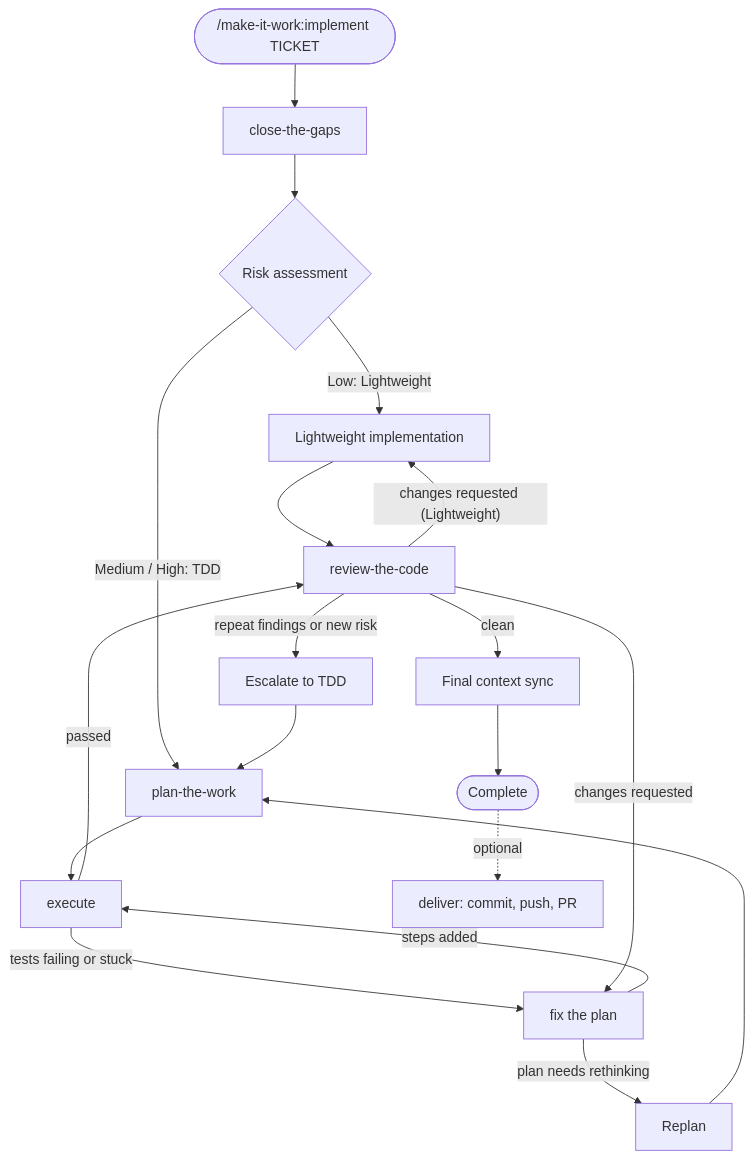
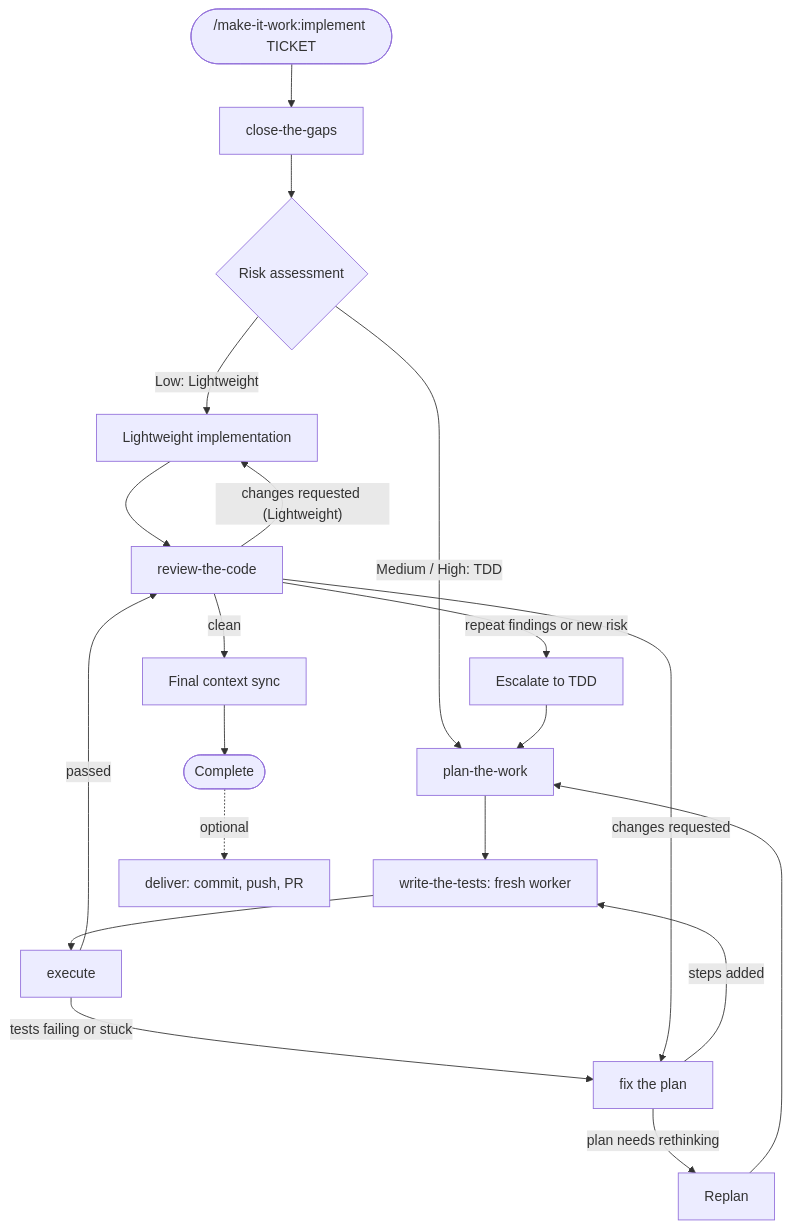
Before and after one commit to insideout-ai/make-it-work: the diagram in README.md, drawn with Mermaid. The commit also changed other lines of this file and 70 other files, not shown here.

````diff
--- a/README.md
+++ b/README.md
@@ -258,22 +269,22 @@
 ```mermaid
 flowchart TD
     Start(["/make-it-work:implement TICKET"]) --> Gaps["close-the-gaps"]
     Gaps --> Risk{"Risk assessment"}
     Risk -- "Low: Lightweight" --> Light["Lightweight implementation"]
     Risk -- "Medium / High: TDD" --> Plan["plan-the-work"]
-    Plan --> Execute["execute"]
+    Plan --> Tests["write-the-tests: fresh worker"] --> Execute["execute"]
 
     Light --> Review
     Review -- "changes requested (Lightweight)" --> Light
     Review -- "repeat findings or new risk" --> Escalate["Escalate to TDD"] --> Plan
 
     Execute -- "passed" --> Review["review-the-code"]
     Execute -- "tests failing or stuck" --> FixPlan["fix the plan"]
 
     Review -- "clean" --> FinalSync["Final context sync"] --> Complete(["Complete"])
     Complete -. "optional" .-> Deliver["deliver: commit, push, PR"]
     Review -- "changes requested" --> FixPlan
 
-    FixPlan -- "steps added" --> Execute
+    FixPlan -- "steps added" --> Tests
     FixPlan -- "plan needs rethinking" --> Replan["Replan"] --> Plan
 ```
````
